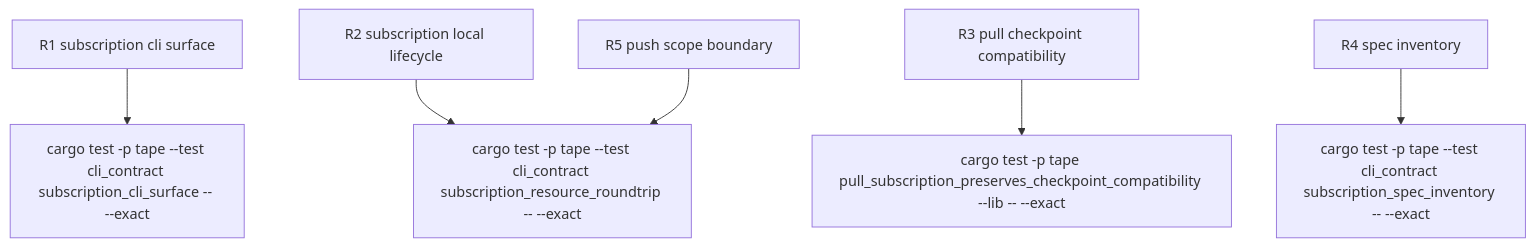
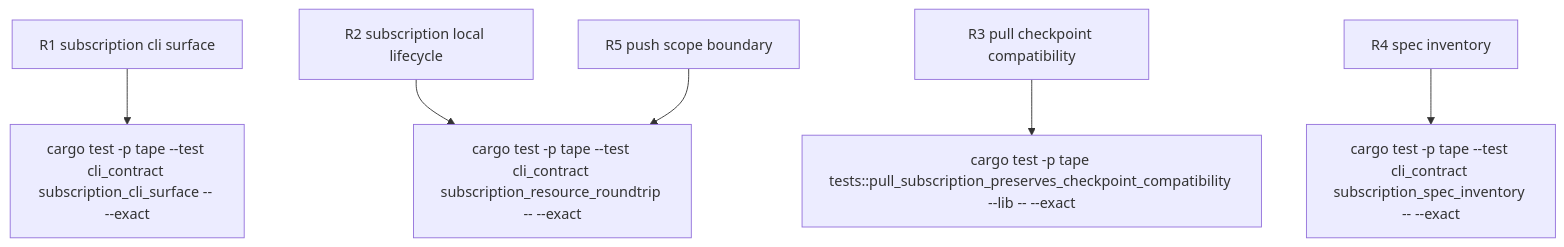
One commit to chrischeng-c4/axiom changed the second of 2 diagrams in apps/tape/tech-design/logic/expose-subscriptions-as-topic-delivery-resources.md. Above: the diagram before and after it, drawn with Mermaid. The commit also changed other lines of this file, not shown here.

Commit message:
td(1254) — contract section: unit-test
Lifecycle-Slug: 1254
Work-Item: 1254
Lifecycle-Stage: Td-Section
Lifecycle-Phase: td_contract_in_progress
Lifecycle-Pass: contract
TD-Section: unit-test
Previous-Phase: cb_genned
Next-Phase: td_contract_in_progress
Next-Command: aw td create

````diff
--- a/apps/tape/tech-design/logic/expose-subscriptions-as-topic-delivery-resources.md
+++ b/apps/tape/tech-design/logic/expose-subscriptions-as-topic-delivery-resources.md
@@ -63,42 +63,42 @@
 ```mermaid
 ---
 id: tape-subscription-resource-verification
 requirements:
   pull_checkpoint_compatibility:
     id: R3
     text: "Creating or deleting a pull subscription does not advance or remove the existing topic/name consumer checkpoint; checkpoint get/put remains the durable pull cursor interface."
     kind: regression
     risk: high
-    verify: cargo test -p tape pull_subscription_preserves_checkpoint_compatibility --lib -- --exact
+    verify: cargo test -p tape tests::pull_subscription_preserves_checkpoint_compatibility --lib -- --exact
   push_scope_boundary:
     id: R5
     text: "Push creation only stores its configured endpoint; this work item starts no delivery worker and makes no outbound HTTP request."
     kind: negative
     risk: medium
     verify: cargo test -p tape --test cli_contract subscription_resource_roundtrip -- --exact
   spec_inventory:
     id: R4
     text: "The offline routes, OpenAPI, and JSON Schema inventories declare the topic-scoped subscription collection/item routes and delivery configuration schemas."
     kind: contract
     risk: medium
     verify: cargo test -p tape --test cli_contract subscription_spec_inventory -- --exact
   subscription_cli_surface:
     id: R1
     text: "tape --help and tape subscription create --help expose subscription creation, inspection, deletion, and the mutually exclusive pull/push delivery forms."
     kind: functional
     risk: medium
     verify: cargo test -p tape --test cli_contract subscription_cli_surface -- --exact
   subscription_local_lifecycle:
     id: R2
     text: "A pull and a push subscription can be created, listed, shown, and deleted in one file-backed journal without changing unrelated entries."
     kind: functional
     risk: high
     verify: cargo test -p tape --test cli_contract subscription_resource_roundtrip -- --exact
 ---
 flowchart TD
     r1[R1 subscription cli surface] --> cargo_test_p_tape_test_cli_contract_subscription_cli_surface_exact[cargo test -p tape --test cli_contract subscription_cli_surface -- --exact]
     r2[R2 subscription local lifecycle] --> cargo_test_p_tape_test_cli_contract_subscription_resource_roundtrip_exact[cargo test -p tape --test cli_contract subscription_resource_roundtrip -- --exact]
     r5[R5 push scope boundary] --> cargo_test_p_tape_test_cli_contract_subscription_resource_roundtrip_exact
-    r3[R3 pull checkpoint compatibility] --> cargo_test_p_tape_pull_subscription_preserves_checkpoint_compatibility_lib_exact[cargo test -p tape pull_subscription_preserves_checkpoint_compatibility --lib -- --exact]
+    r3[R3 pull checkpoint compatibility] --> cargo_test_p_tape_tests_pull_subscription_preserves_checkpoint_compatibility_lib_exact[cargo test -p tape tests::pull_subscription_preserves_checkpoint_compatibility --lib -- --exact]
     r4[R4 spec inventory] --> cargo_test_p_tape_test_cli_contract_subscription_spec_inventory_exact[cargo test -p tape --test cli_contract subscription_spec_inventory -- --exact]
 ```
````
